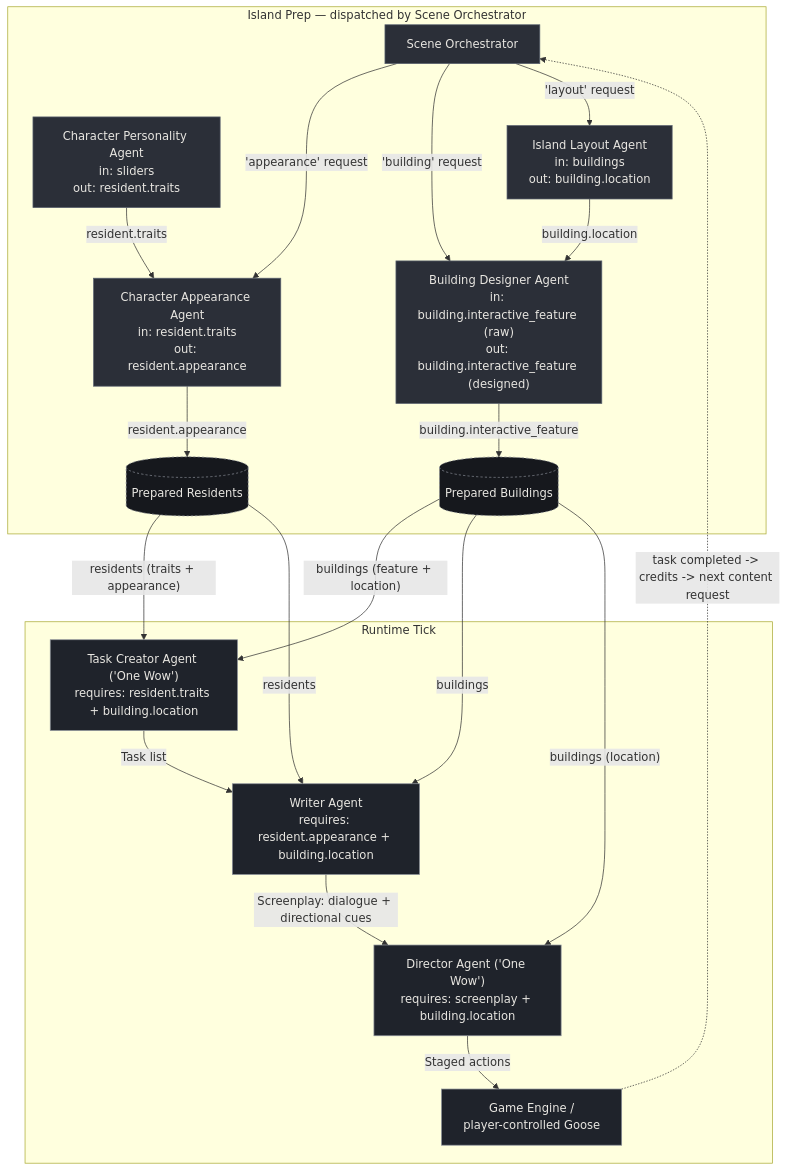
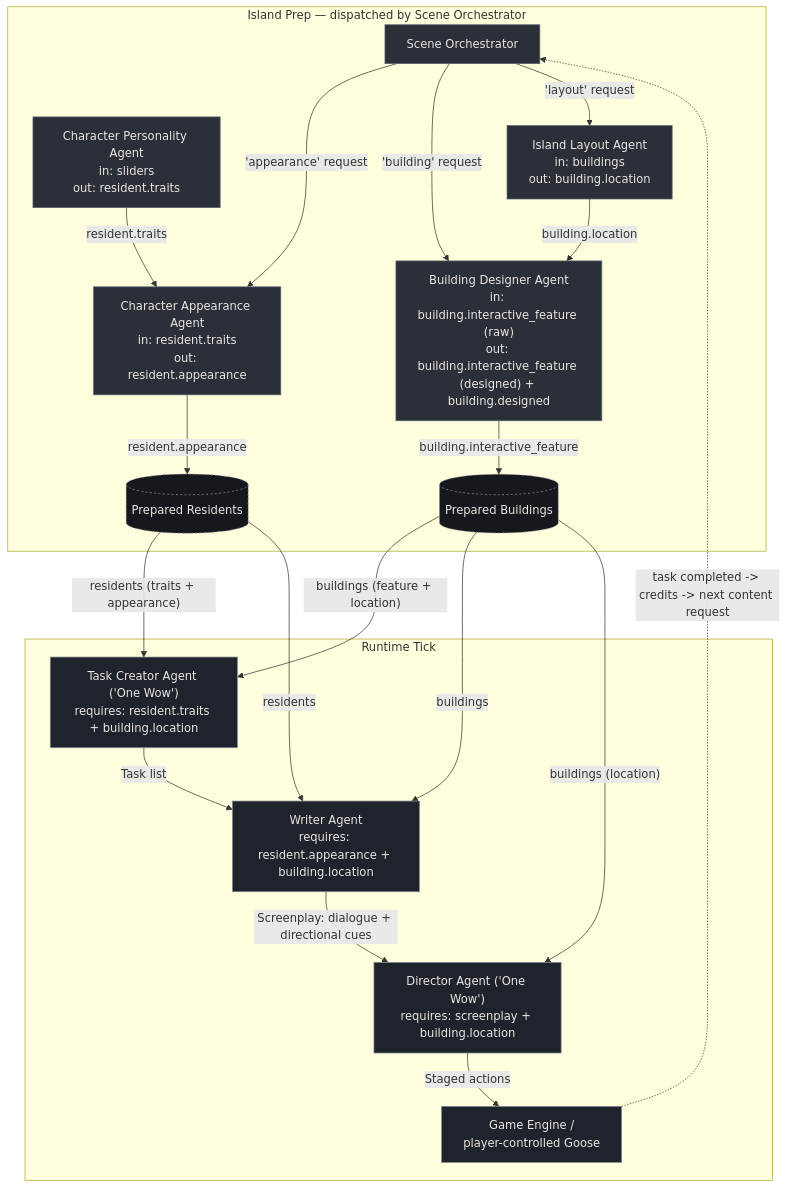
Before and after one commit to BeverlyAb/Multi-Agent-Game-Development: the diagram in Pipeline/DIAGRAM.md, drawn with Mermaid. The commit also changed other lines of this file and 13 other files, not shown here.

````diff
--- a/Pipeline/DIAGRAM.md
+++ b/Pipeline/DIAGRAM.md
@@ -9,44 +9,44 @@
 ```mermaid
 flowchart TB
     subgraph PREP["Island Prep — dispatched by Scene Orchestrator"]
         SO["Scene Orchestrator"]
         CPA["Character Personality Agent<br/>in: sliders<br/>out: resident.traits"]
         CAA["Character Appearance Agent<br/>in: resident.traits<br/>out: resident.appearance"]
         ILA["Island Layout Agent<br/>in: buildings<br/>out: building.location"]
-        BDA["Building Designer Agent<br/>in: building.interactive_feature (raw)<br/>out: building.interactive_feature (designed)"]
+        BDA["Building Designer Agent<br/>in: building.interactive_feature (raw)<br/>out: building.interactive_feature (designed) + building.designed"]
 
         SO -->|"'appearance' request"| CAA
         SO -->|"'building' request"| BDA
         SO -->|"'layout' request"| ILA
 
         CPA -->|"resident.traits"| CAA
         ILA -->|"building.location"| BDA
         CAA -->|"resident.appearance"| RESIDENTS[("Prepared Residents")]
         BDA -->|"building.interactive_feature"| BUILDINGS[("Prepared Buildings")]
     end
 
     subgraph TICK["Runtime Tick"]
         TCA["Task Creator Agent ('One Wow')<br/>requires: resident.traits + building.location"]
         WA["Writer Agent<br/>requires: resident.appearance + building.location"]
         DA["Director Agent ('One Wow')<br/>requires: screenplay + building.location"]
         GAME["Game Engine /<br/>player-controlled Goose"]
     end
 
     RESIDENTS -->|"residents (traits + appearance)"| TCA
     BUILDINGS -->|"buildings (feature + location)"| TCA
     RESIDENTS -->|"residents"| WA
     BUILDINGS -->|"buildings"| WA
     BUILDINGS -->|"buildings (location)"| DA
 
     TCA -->|"Task list"| WA
     WA -->|"Screenplay: dialogue + directional cues"| DA
     DA -->|"Staged actions"| GAME
     GAME -.->|"task completed -> credits -> next content request"| SO
 
     classDef prep fill:#2b2f38,stroke:#5a6270,color:#e8e6e1;
     classDef tick fill:#1f232b,stroke:#8a8f98,color:#e8e6e1;
     classDef data fill:#16181d,stroke:#8a8f98,color:#e8e6e1,stroke-dasharray: 3 3;
     class SO,CPA,CAA,ILA,BDA prep;
     class TCA,WA,DA,GAME tick;
     class RESIDENTS,BUILDINGS data;
 ```
````
